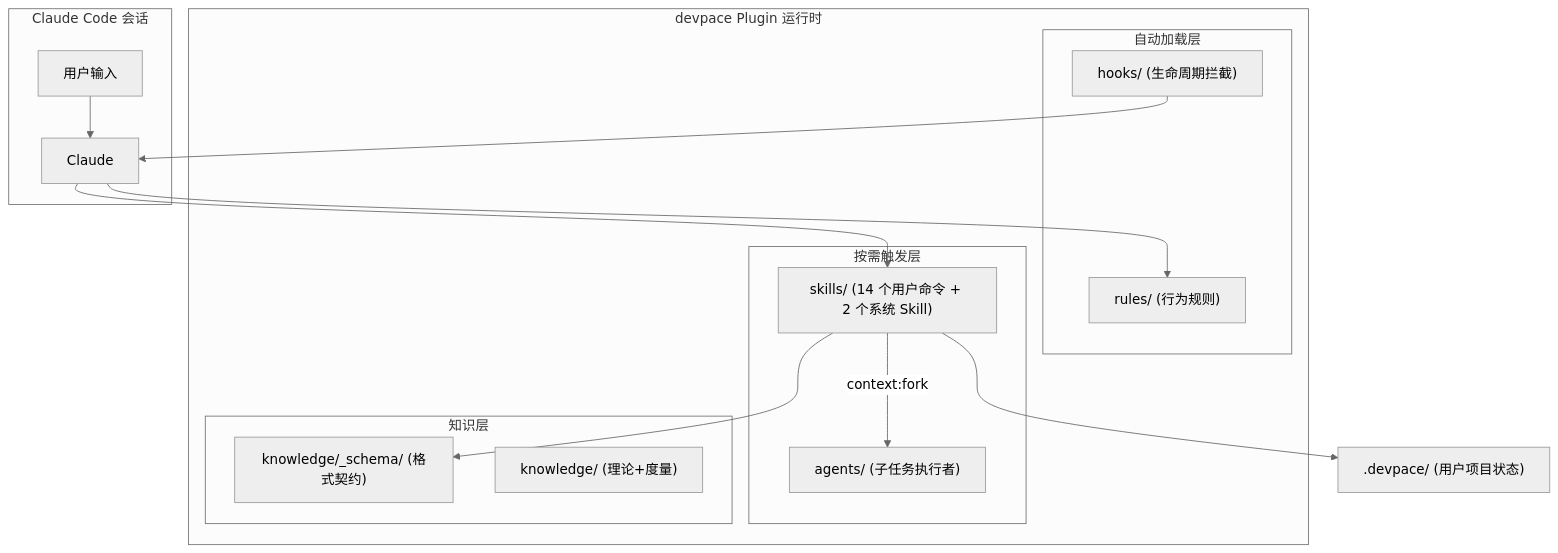
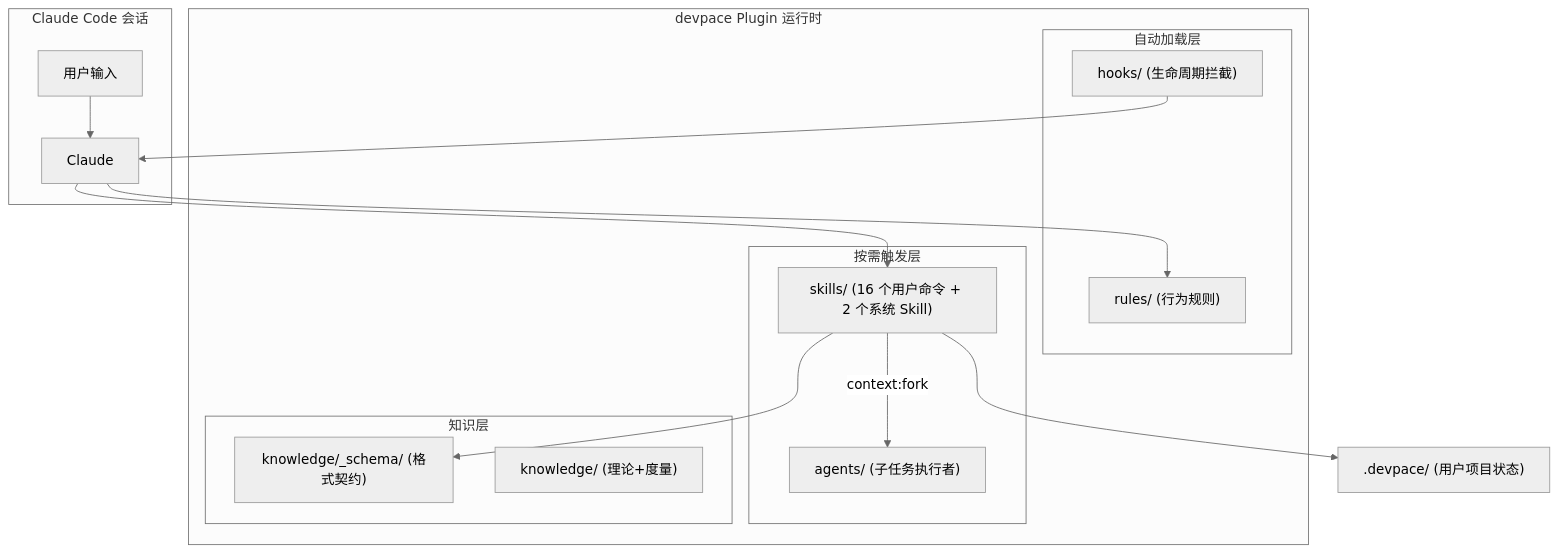
One commit to arch-team/devpace changed the second of 2 diagrams in CONTRIBUTING_zh.md. Above: the diagram before and after it, drawn with Mermaid (neutral theme). The commit also changed 11 other files, not shown here.

````diff
--- a/CONTRIBUTING_zh.md
+++ b/CONTRIBUTING_zh.md
@@ -96,26 +96,26 @@
 ```mermaid
 graph TB
     subgraph "Claude Code 会话"
         User["用户输入"] --> Claude["Claude"]
     end
     subgraph "devpace Plugin 运行时"
         subgraph "自动加载层"
             Rules["rules/ (行为规则)"]
             Hooks["hooks/ (生命周期拦截)"]
         end
         subgraph "按需触发层"
-            Skills["skills/ (14 个用户命令 + 2 个系统 Skill)"]
+            Skills["skills/ (16 个用户命令 + 2 个系统 Skill)"]
             Agents["agents/ (子任务执行者)"]
         end
         subgraph "知识层"
             Schema["knowledge/_schema/ (格式契约)"]
             Knowledge["knowledge/ (理论+度量)"]
         end
     end
     Claude --> Rules
     Hooks --> Claude
     Claude --> Skills
     Skills -->|"context:fork"| Agents
     Skills --> Schema
     Skills --> DevpaceDir[".devpace/ (用户项目状态)"]
 ```
````
